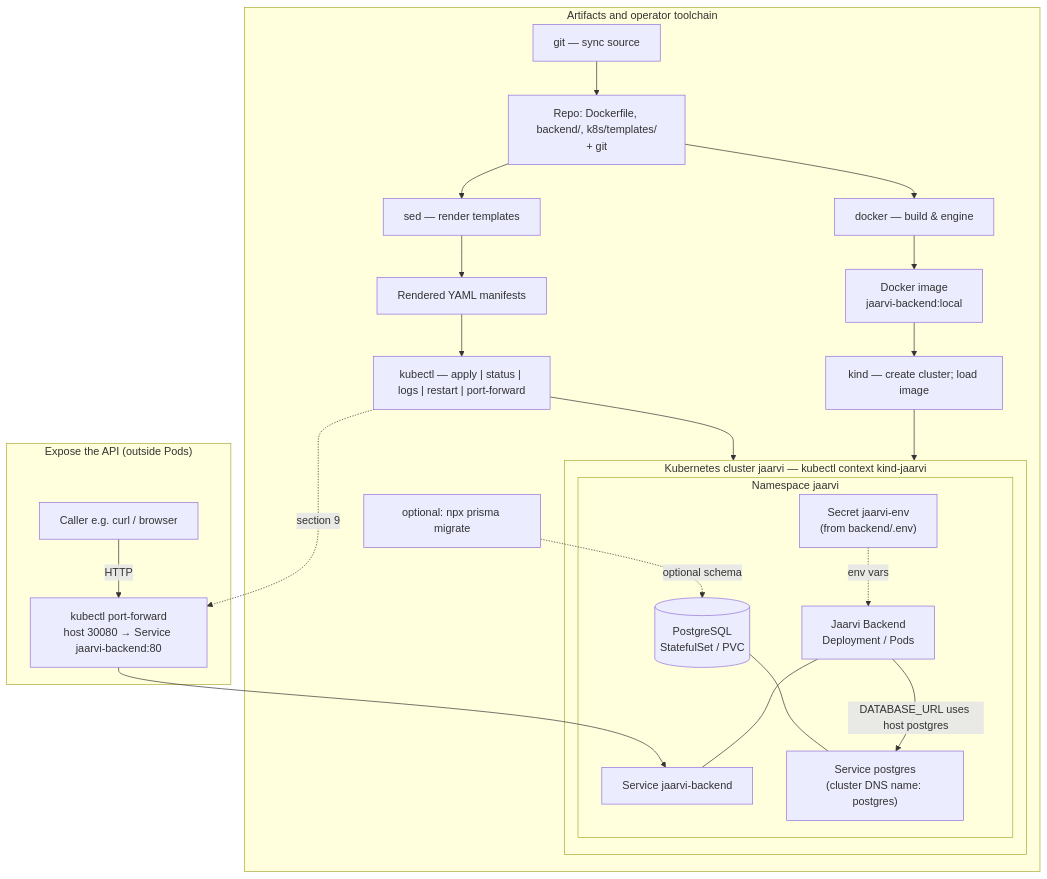
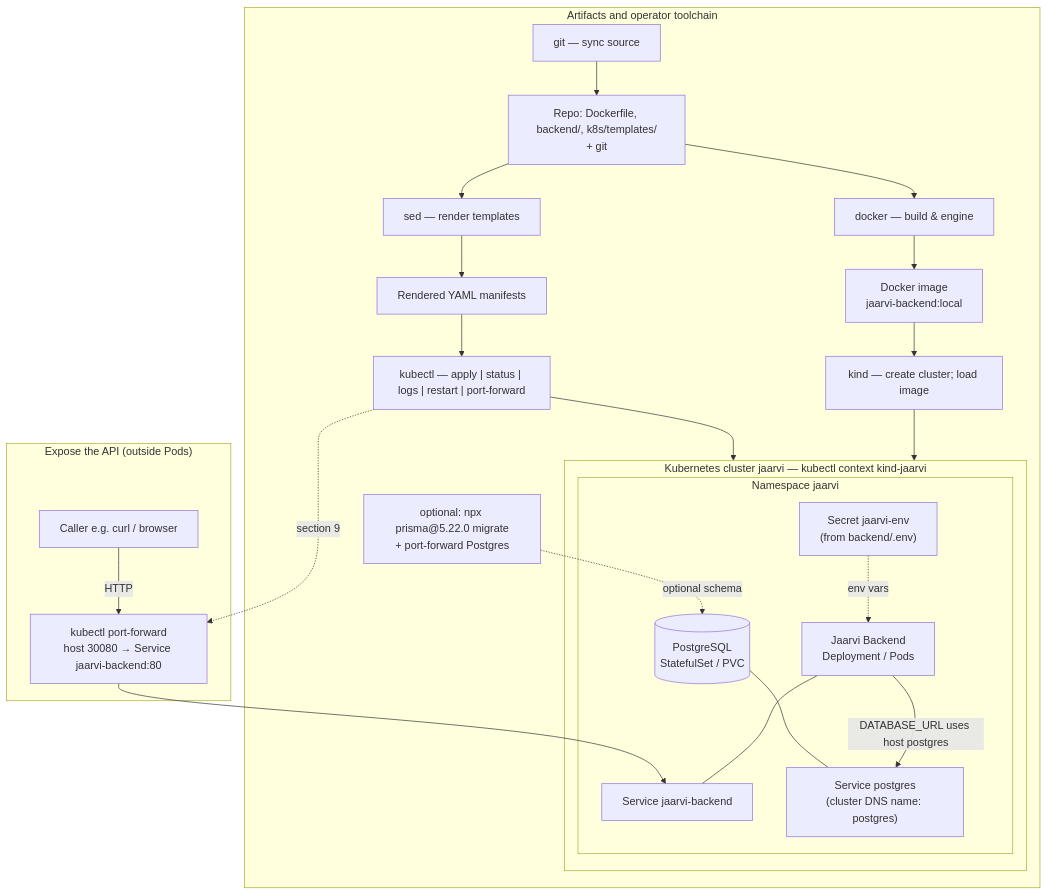
One commit to geovanniduarte/Jaarvi changed the diagram in docs/deploy-backend-manual-on-server.md. Above: the diagram before and after it, drawn with Mermaid. The commit also changed other lines of this file, not shown here.

````diff
--- a/docs/deploy-backend-manual-on-server.md
+++ b/docs/deploy-backend-manual-on-server.md
@@ -547,42 +662,42 @@
 ```mermaid
 flowchart TB
   subgraph cluster["Kubernetes cluster jaarvi — kubectl context kind-jaarvi"]
     subgraph ns["Namespace jaarvi"]
       SEC["Secret jaarvi-env\n(from backend/.env)"]
       DEP["Jaarvi Backend\nDeployment / Pods"]
       SVCB["Service jaarvi-backend"]
       PG[(PostgreSQL\nStatefulSet / PVC)]
       SVCP["Service postgres\n(cluster DNS name: postgres)"]
       SEC -.->|"env vars"| DEP
       DEP --- SVCB
       DEP -->|"DATABASE_URL uses host postgres"| SVCP
       PG --- SVCP
     end
   end
 
   subgraph reachApi["Expose the API (outside Pods)"]
     PF["kubectl port-forward\nhost 30080 → Service jaarvi-backend:80"]
     CALLER["Caller e.g. curl / browser"]
     CALLER -->|"HTTP"| PF --> SVCB
   end
 
   subgraph delivery["Artifacts and operator toolchain"]
     SRC["Repo: Dockerfile, backend/, k8s/templates/\n+ git"]
     IMG["Docker image\njaarvi-backend:local"]
     YAML["Rendered YAML manifests"]
     GIT["git — sync source"]
     SED["sed — render templates"]
     DOCKER["docker — build & engine"]
     KIND["kind — create cluster; load image"]
     KUBE["kubectl — apply | status | logs | restart | port-forward"]
-    NPM["optional: npx prisma migrate"]
+    NPM["optional: npx prisma@5.22.0 migrate\n+ port-forward Postgres"]
 
     GIT --> SRC
     SRC --> DOCKER
     SRC --> SED --> YAML --> KUBE
     DOCKER --> IMG --> KIND --> cluster
     KUBE --> cluster
     KUBE -.->|"section 9"| PF
     NPM -.->|"optional schema"| PG
   end
 ```
````
